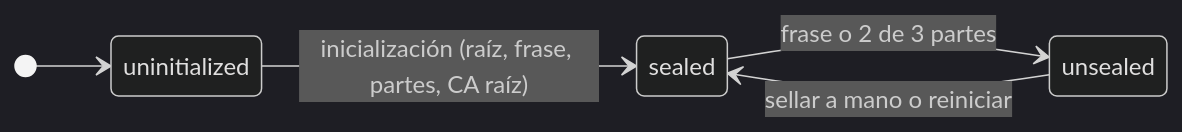
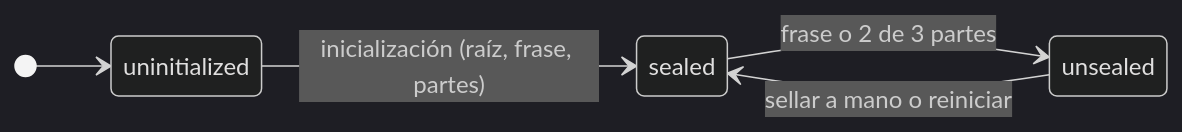
The third of 7 diagrams in docs/hecate.md (xandro30/Cerbero), drawn with Mermaid (dark theme) before and after one commit. The commit also changed other lines of this file and 129 other files, not shown here.

````diff
--- a/docs/hecate.md
+++ b/docs/hecate.md
@@ -115,8 +118,8 @@
 ```mermaid
 stateDiagram-v2
     direction LR
     [*] --> uninitialized
-    uninitialized --> sealed: inicialización (raíz, frase, partes, CA raíz)
+    uninitialized --> sealed: inicialización (raíz, frase, partes)
     sealed --> unsealed: frase o 2 de 3 partes
     unsealed --> sealed: sellar a mano o reiniciar
 ```
````
